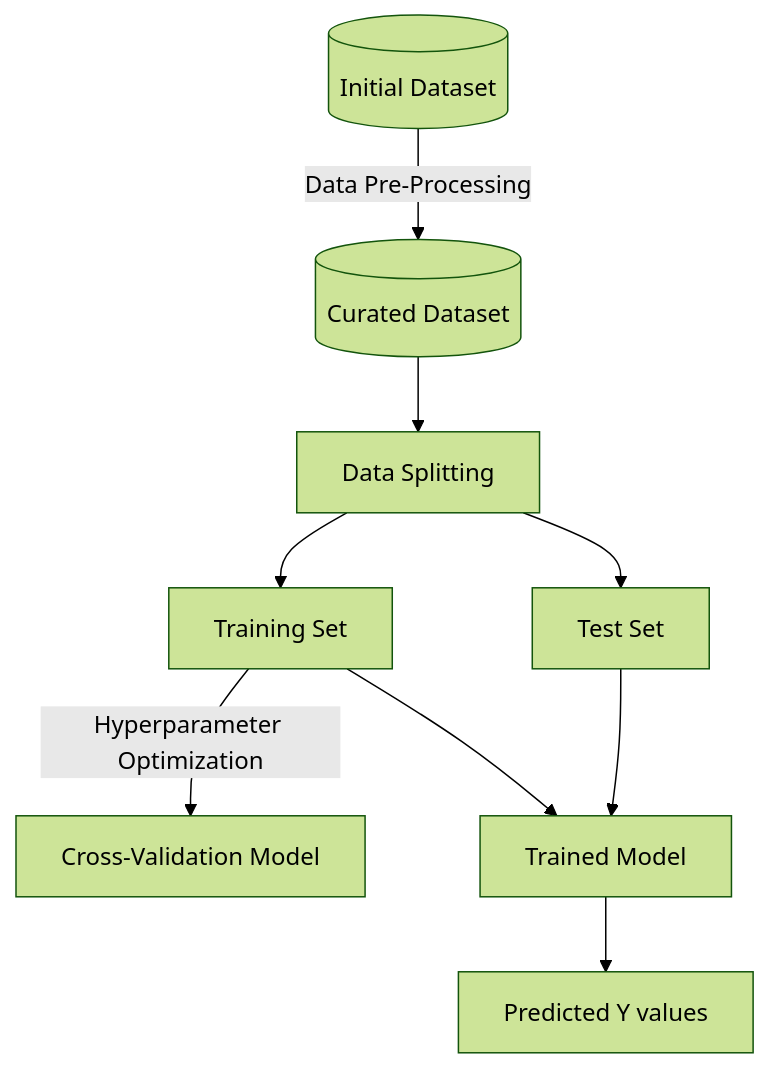
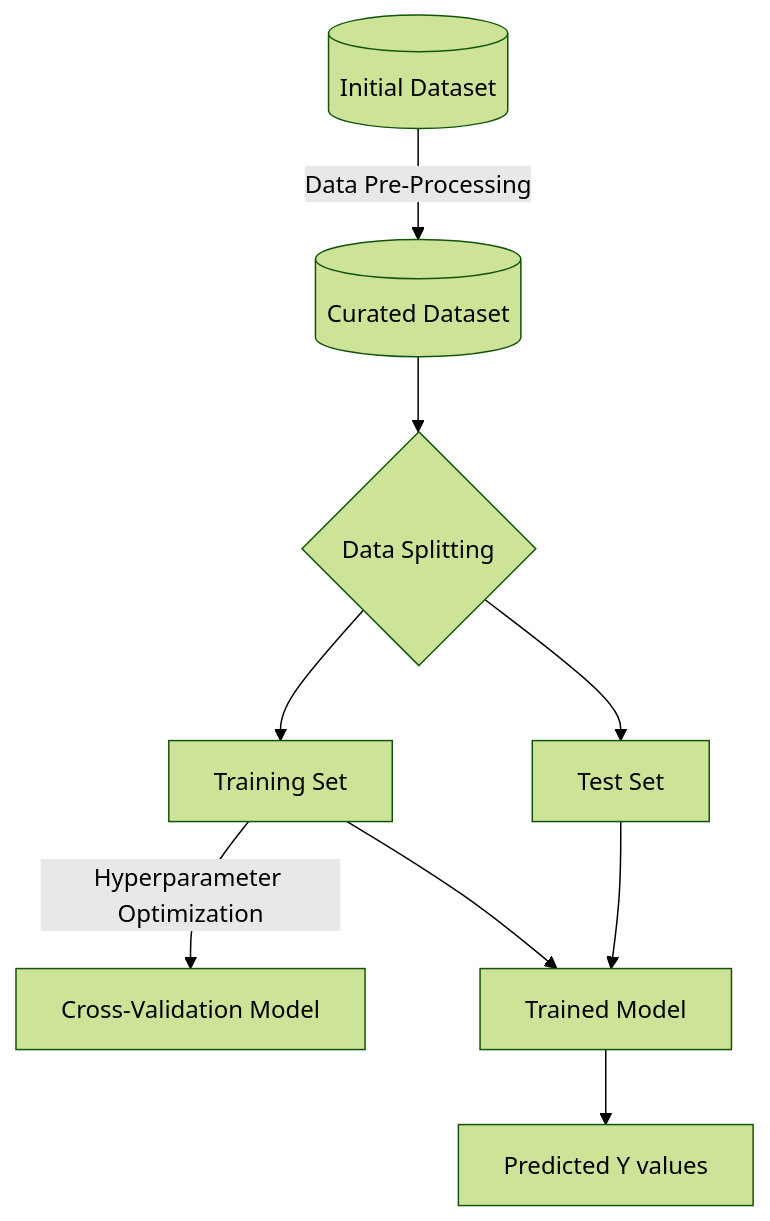
The third of 3 diagrams in README.md (dataprofessor/mermaid), drawn with Mermaid (forest theme) before and after one commit.

````diff
--- a/README.md
+++ b/README.md
@@ -29,11 +29,11 @@
 ```mermaid
 flowchart TD
     data[(Initial Dataset)] --Data Pre-Processing-->  data2[(Curated Dataset)]
-    data2 --> split[Data Splitting]
+    data2 --> split{Data Splitting}
     split --> train[Training Set]
     split --> test[Test Set]
     train --Hyperparameter Optimization--> E[Cross-Validation Model]
     train --> trained[Trained Model]
     test --> trained[Trained Model]
     trained --> predicted[Predicted Y values]
 ```
````
